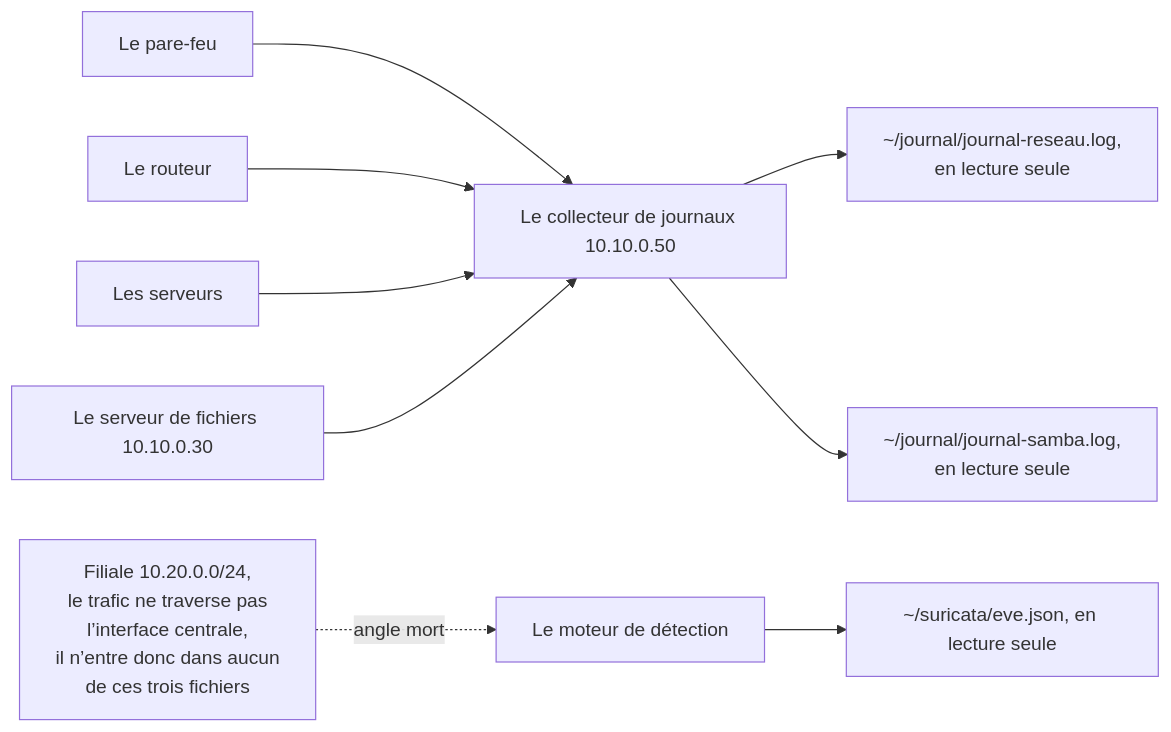
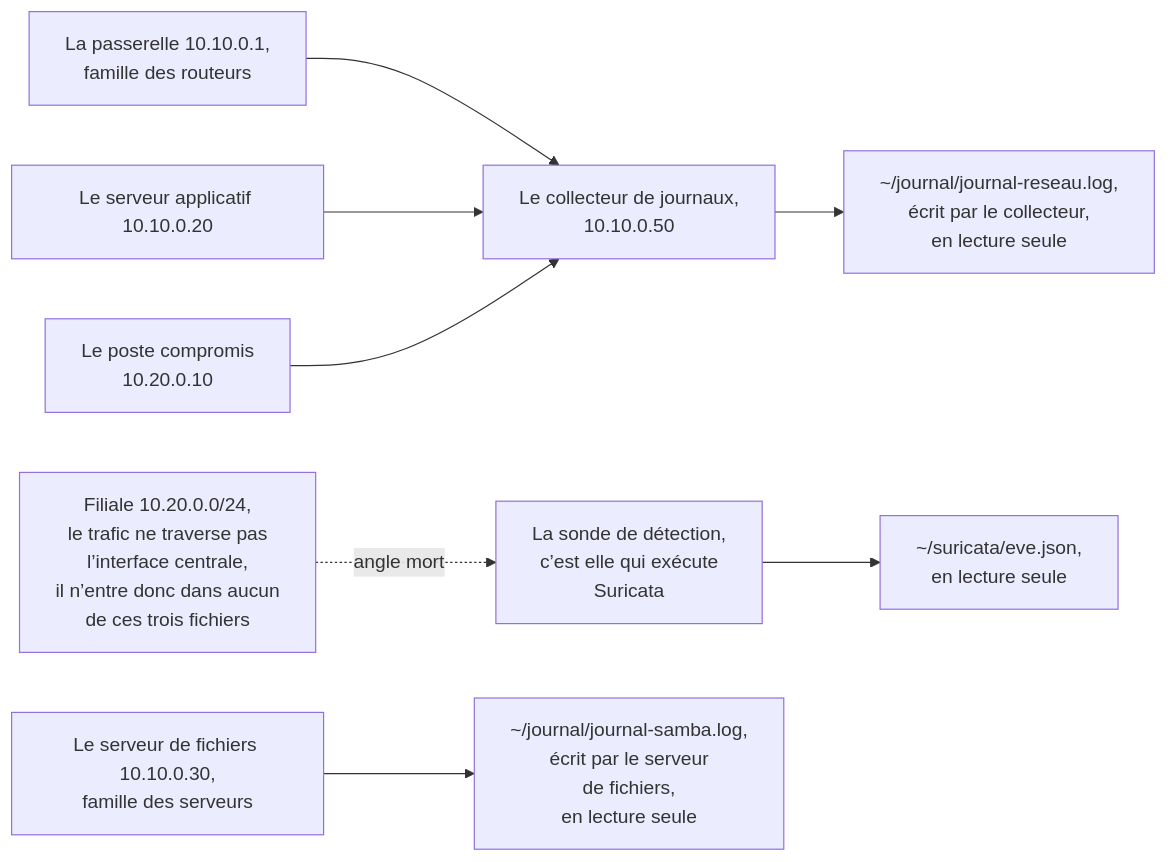
Before and after one commit to yugmerabtene/forensique-reseau-public: the fourth of 4 diagrams in jour-2.md, drawn with Mermaid. The commit also changed other lines of this file and 3 other files, not shown here.

````diff
--- a/jour-2.md
+++ b/jour-2.md
@@ -1037,18 +1063,17 @@
 ```mermaid
 flowchart LR
-  PF["Le pare-feu"]
-  RT["Le routeur"]
-  SRV["Les serveurs"]
-  FIC["Le serveur de fichiers 10.10.0.30"]
-  COL["Le collecteur de journaux 10.10.0.50"]
-  MOTEUR["Le moteur de détection"]
-  PF --> COL
-  RT --> COL
-  SRV --> COL
-  FIC --> COL
-  COL --> F1["~/journal/journal-reseau.log,<br/>en lecture seule"]
-  COL --> F2["~/journal/journal-samba.log,<br/>en lecture seule"]
-  MOTEUR --> F3["~/suricata/eve.json, en lecture seule"]
+  PASS["La passerelle 10.10.0.1,<br/>famille des routeurs"]
+  APP["Le serveur applicatif 10.10.0.20"]
+  CPN["Le poste compromis<br/>10.20.0.10"]
+  COL["Le collecteur de journaux,<br/>10.10.0.50"]
+  SONDE["La sonde de détection,<br/>c’est elle qui exécute<br/>Suricata"]
+  FILS["Le serveur de fichiers 10.10.0.30,<br/>famille des serveurs"]
+  PASS --> COL
+  APP --> COL
+  CPN --> COL
+  COL --> F1["~/journal/journal-reseau.log,<br/>écrit par le collecteur,<br/>en lecture seule"]
+  FILS --> F2["~/journal/journal-samba.log,<br/>écrit par le serveur<br/>de fichiers,<br/>en lecture seule"]
+  SONDE --> F3["~/suricata/eve.json,<br/>en lecture seule"]
   FIL["Filiale 10.20.0.0/24,<br/>le trafic ne traverse pas<br/>l’interface centrale,<br/>il n’entre donc dans aucun<br/>de ces trois fichiers"]
-  FIL -.->|"angle mort"| MOTEUR
+  FIL -.->|"angle mort"| SONDE
 ```
````
